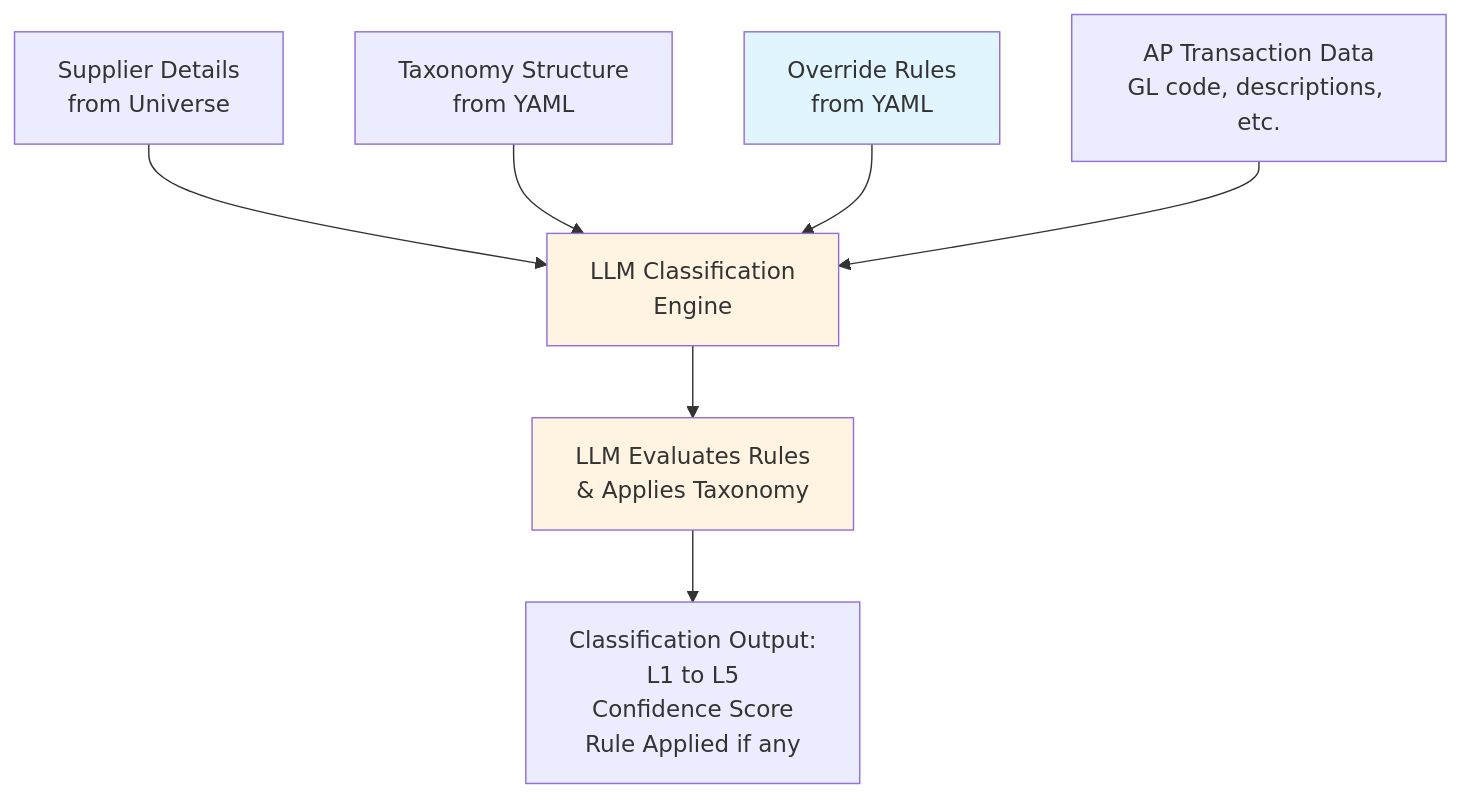
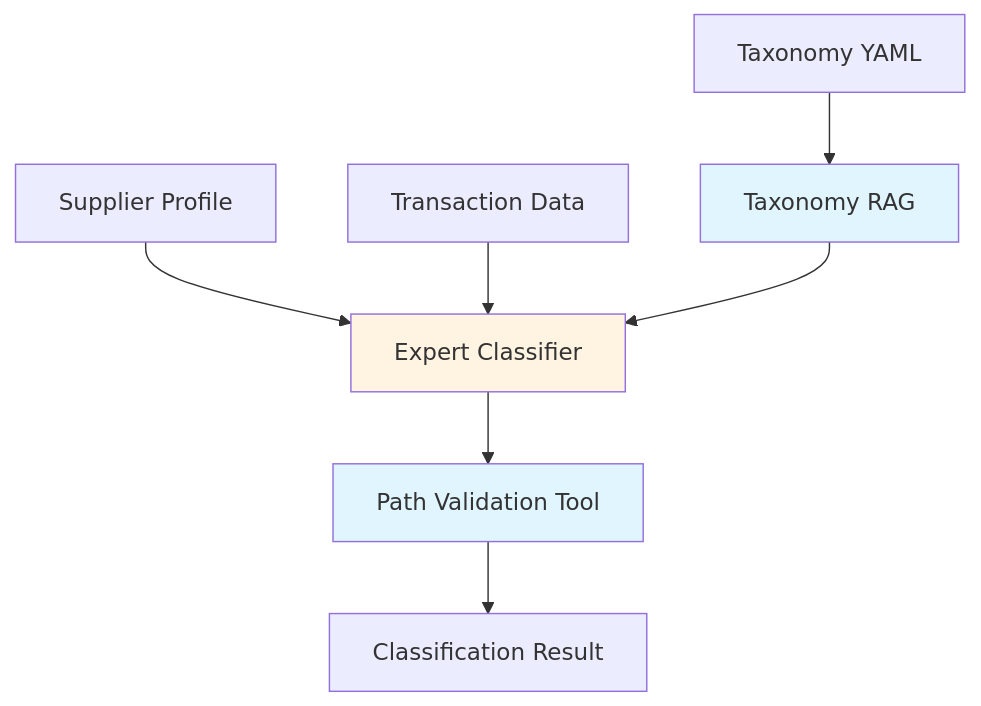
The fifth of 11 diagrams in docs/architecture.md (prince1823/colab91-ap-agent), drawn with Mermaid before and after one commit. The commit also changed other lines of this file and 1 other file, not shown here.

````diff
--- a/docs/architecture.md
+++ b/docs/architecture.md
@@ -504,15 +114,13 @@
 ```mermaid
 flowchart TB
-    A[Supplier Details<br/>from Universe] --> E[LLM Classification<br/>Engine]
-    B[Taxonomy Structure<br/>from YAML] --> E
-    C[Override Rules<br/>from YAML] --> E
-    D[AP Transaction Data<br/>GL code, descriptions, etc.] --> E
-    
-    E --> F[LLM Evaluates Rules<br/>& Applies Taxonomy]
-    
-    F --> G[Classification Output:<br/>L1 to L5<br/>Confidence Score<br/>Rule Applied if any]
+    A[Supplier Profile] --> E[Expert Classifier]
+    B[Transaction Data] --> E
+    C[Taxonomy YAML] --> D[Taxonomy RAG]
+    D --> E
+    E --> F[Path Validation Tool]
+    F --> G[Classification Result]
     
     style E fill:#fff4e1
-    style F fill:#fff4e1
-    style C fill:#e1f5ff
+    style D fill:#e1f5ff
+    style F fill:#e1f5ff
 ```
````
